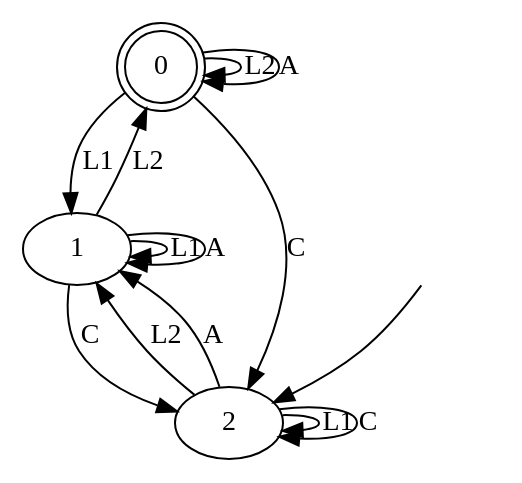
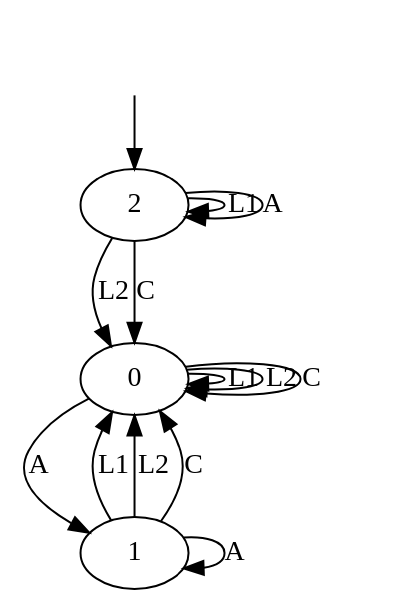
The diagram in magento.dot (tomyaacov/lstar_dont_care), drawn with Graphviz before and after one commit. The commit also changed 6 other files, not shown here.

```diff
--- a/magento.dot
+++ b/magento.dot
@@ -1,19 +1,19 @@
 digraph magento {
-0 [label=0, shape=doublecircle];
+0 [label=0];
 1 [label=1];
 2 [label=2];
-0 -> 1  [label=L1];
+0 -> 0  [label=L1];
 0 -> 0  [label=L2];
-0 -> 0  [label=A];
-0 -> 2  [label=C];
-1 -> 1  [label=L1];
+0 -> 1  [label=A];
+0 -> 0  [label=C];
+1 -> 0  [label=L1];
 1 -> 0  [label=L2];
 1 -> 1  [label=A];
-1 -> 2  [label=C];
+1 -> 0  [label=C];
 2 -> 2  [label=L1];
-2 -> 1  [label=L2];
-2 -> 1  [label=A];
-2 -> 2  [label=C];
+2 -> 0  [label=L2];
+2 -> 2  [label=A];
+2 -> 0  [label=C];
 __start0 [label="", shape=none];
 __start0 -> 2  [label=""];
 }
```
